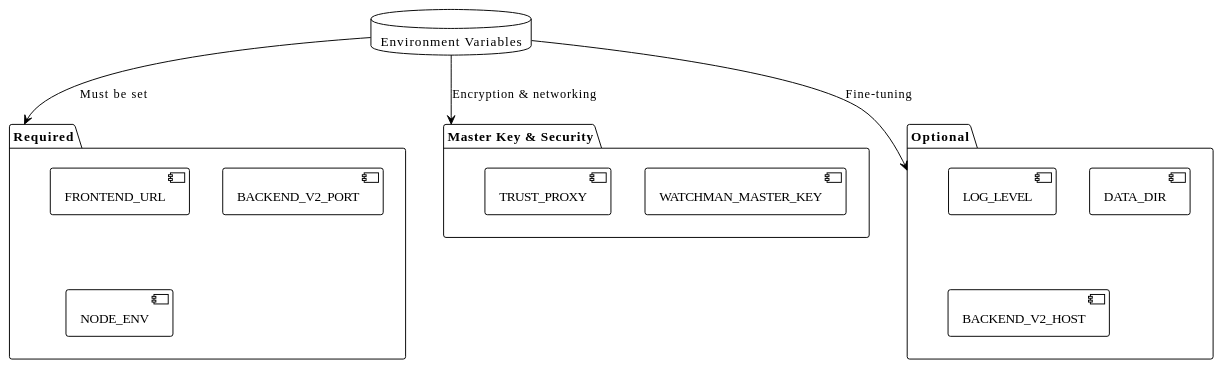
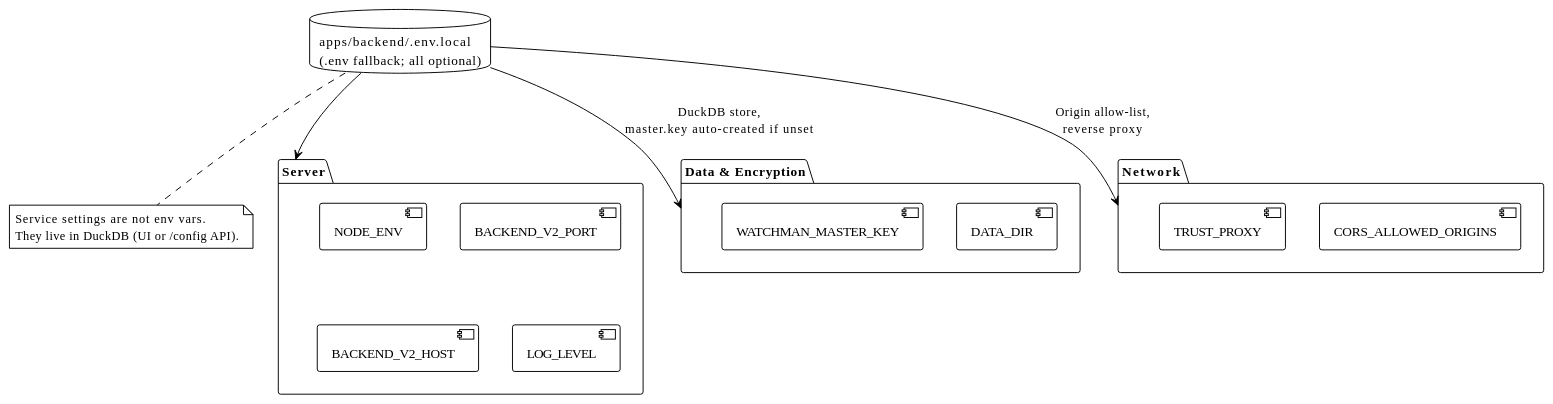
Before and after one commit to EraPartner/Watchman: the second of 3 diagrams in docs/common-tasks.md, drawn with PlantUML. The commit also changed other lines of this file and 32 other files, not shown here.

````diff
--- a/docs/common-tasks.md
+++ b/docs/common-tasks.md
@@ -199,28 +192,33 @@
 ```plantuml
 @startuml
 !theme plain
 
-database "Environment Variables" as Env
+database "apps/backend/.env.local\n(.env fallback; all optional)" as Env
 
-package "Required" as Req {
-    [FRONTEND_URL]
+package "Server" as Srv {
+    [NODE_ENV]
     [BACKEND_V2_PORT]
-    [NODE_ENV]
+    [BACKEND_V2_HOST]
+    [LOG_LEVEL]
 }
 
-package "Master Key & Security" as Sec {
+package "Data & Encryption" as Data {
+    [DATA_DIR]
     [WATCHMAN_MASTER_KEY]
+}
+
+package "Network" as Net {
+    [CORS_ALLOWED_ORIGINS]
     [TRUST_PROXY]
 }
 
-package "Optional" as Opt {
-    [LOG_LEVEL]
-    [DATA_DIR]
-    [BACKEND_V2_HOST]
-}
+Env --> Srv
+Env --> Data : DuckDB store,\nmaster.key auto-created if unset
+Env --> Net : Origin allow-list,\nreverse proxy
 
-Env --> Req : Must be set
-Env --> Sec : Encryption & networking
-Env --> Opt : Fine-tuning
+note bottom of Env
+  Service settings are not env vars.
+  They live in DuckDB (UI or /config API).
+end note
 @enduml
 ```
````
